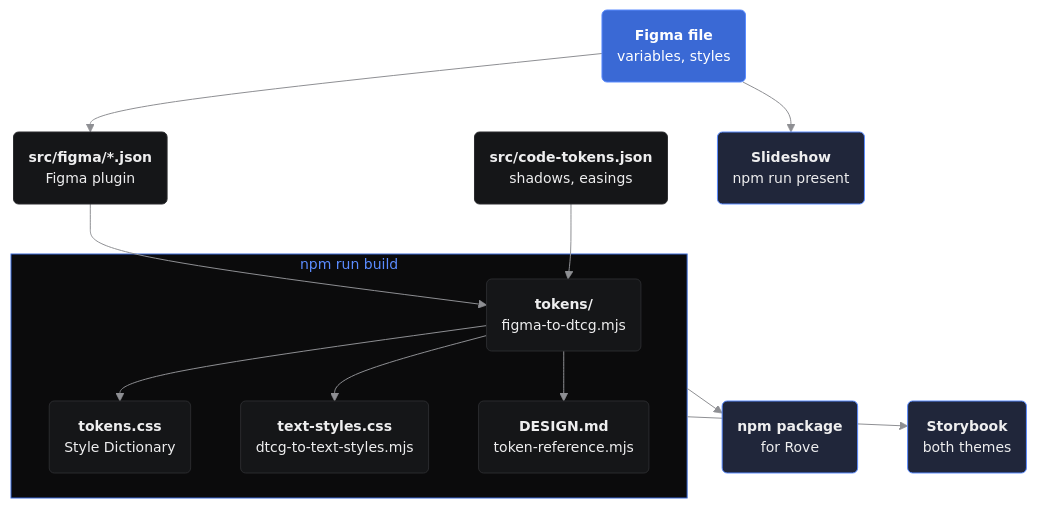
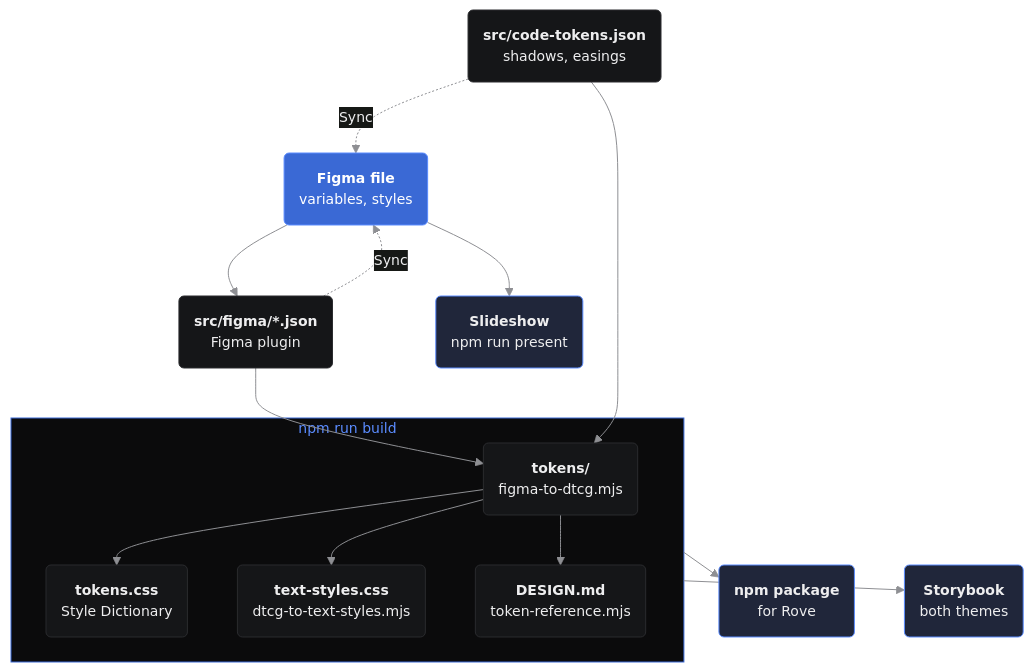
One commit to swiftsolve/rove-tokens changed the diagram in README.md. Above: the diagram before and after it, drawn with Mermaid. The commit also changed other lines of this file and 10 other files, not shown here.

First line of the commit message:
feat(sync): the plugin syncs both ways, and a check proves Figma and the repo agree

````diff
--- a/README.md
+++ b/README.md
@@ -41,27 +41,29 @@
 ```mermaid
 %%{init: {"themeCSS": ".cluster-label { translate: 236px 0; }", "theme": "base", "themeVariables": {"fontFamily": "Inter, -apple-system, Segoe UI, Helvetica, Arial, sans-serif", "fontSize": "14px", "primaryColor": "#151618", "primaryTextColor": "#eeeeef", "primaryBorderColor": "#2b2c2f", "lineColor": "#8e8f93", "clusterBkg": "#0b0b0c", "clusterBorder": "#3a69d5", "titleColor": "#5b8cff", "dropShadow": "none"}}}%%
 flowchart TD
   figma("<b>Figma file</b><br/>variables, styles"):::source
   exports("<b>src/figma/*.json</b><br/>Figma plugin"):::file
   code("<b>src/code‑tokens.json</b><br/>shadows, easings"):::file
   slides("<b>Slideshow</b><br/>npm run present"):::ship
 
   subgraph build ["npm run build"]
     dtcg("<b>tokens/</b><br/>figma‑to‑dtcg.mjs"):::file
     css("<b>tokens.css</b><br/>Style Dictionary"):::file
     textCss("<b>text-styles.css</b><br/>dtcg‑to‑text‑styles.mjs"):::file
     design("<b>DESIGN.md</b><br/>token‑reference.mjs"):::file
   end
 
   pkg("<b>npm package</b><br/>for Rove"):::ship
   storybook("<b>Storybook</b><br/>both themes"):::ship
 
   figma --> exports & slides
+  exports -.->|Sync| figma
+  code -.->|Sync| figma
   exports & code --> dtcg
   dtcg --> css & textCss & design
   build --> pkg & storybook
 
   classDef source fill:#3a69d5,stroke:#5b8cff,color:#ffffff
   classDef file fill:#151618,stroke:#2b2c2f,color:#eeeeef
   classDef ship fill:#20263a,stroke:#5b8cff,color:#eeeeef
 ```
````
